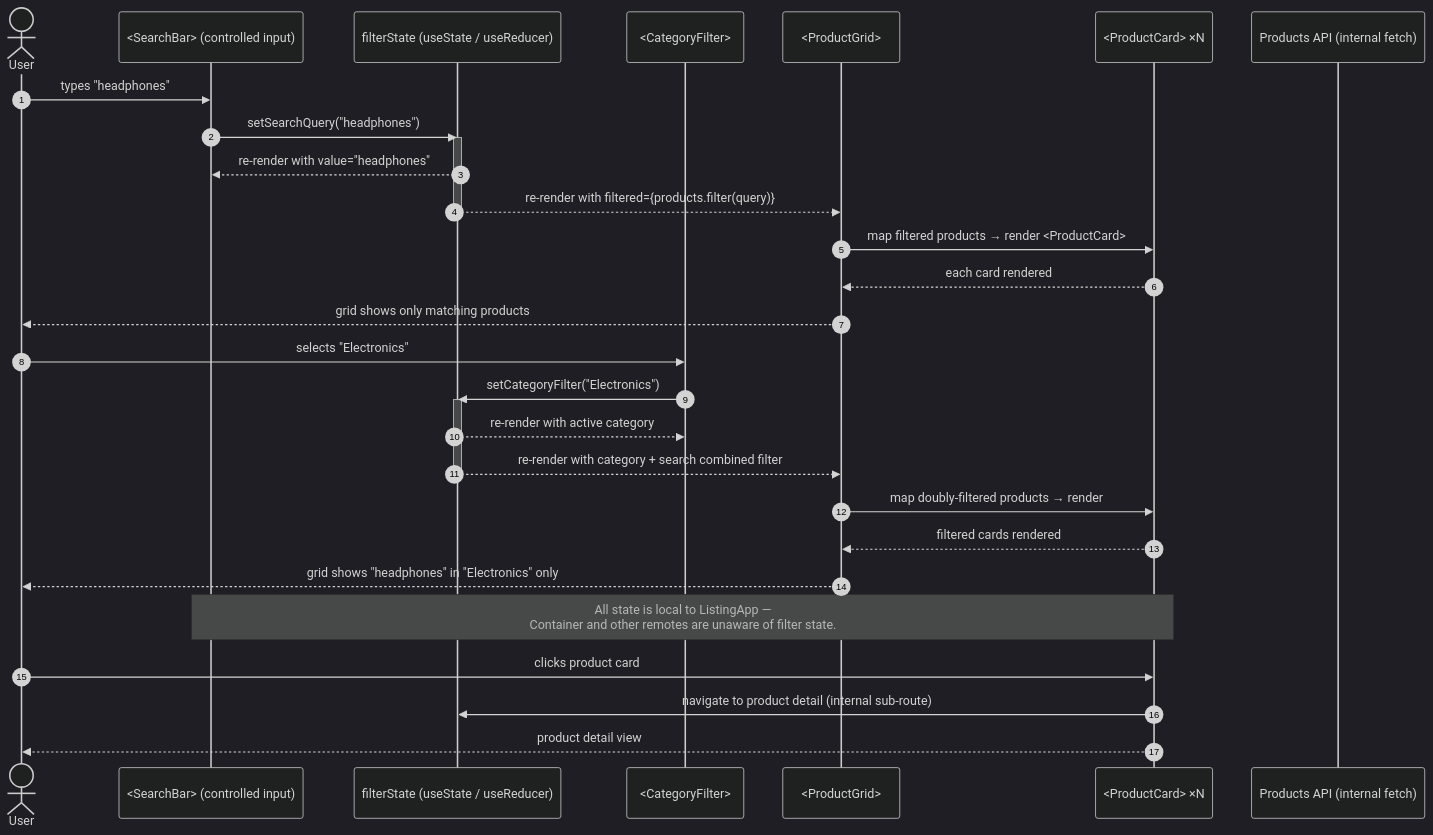
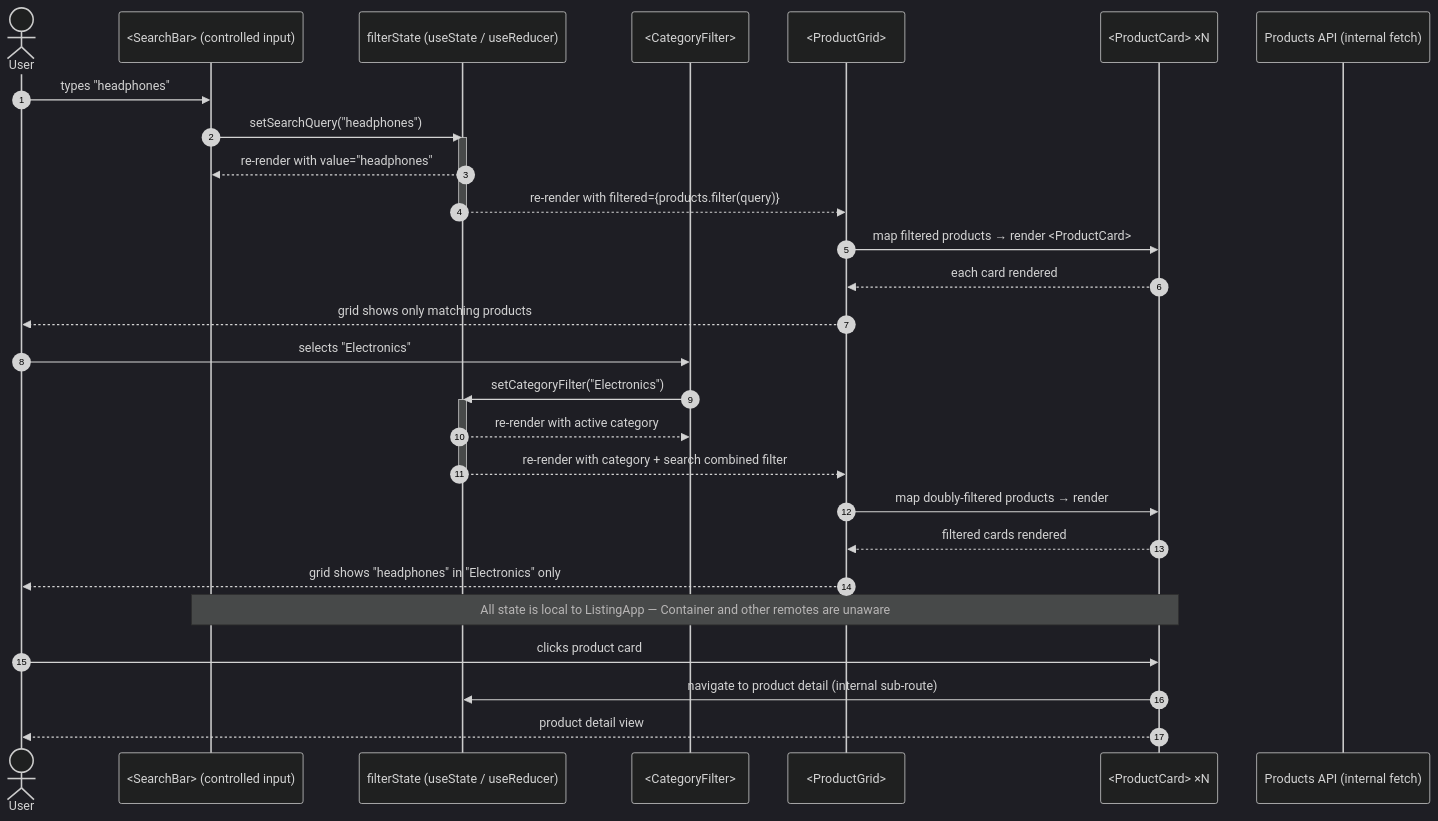
One commit to calvinlee999/Micro-Frontend-Architecture-and-UI-Component-Libraries-with-React changed diagram 13 of 18 in SEQUENCE_DIAGRAMS.md. Above: the diagram before and after it, drawn with Mermaid (dark theme). The commit also changed other lines of this file, not shown here.

First line of the commit message:
fix: resolve all Mermaid parse errors in SEQUENCE_DIAGRAMS.md

````diff
--- a/SEQUENCE_DIAGRAMS.md
+++ b/SEQUENCE_DIAGRAMS.md
@@ -1133,39 +1133,39 @@
 ```mermaid
 sequenceDiagram
     autonumber
     actor User as User
     participant SearchBar as <SearchBar> (controlled input)
     participant FilterState as filterState (useState / useReducer)
     participant CategoryFilter as <CategoryFilter>
     participant ProductGrid as <ProductGrid>
     participant ProductCard as <ProductCard> ×N
     participant ProductAPI as Products API (internal fetch)
 
     User->>SearchBar: types "headphones"
     SearchBar->>FilterState: setSearchQuery("headphones")
     activate FilterState
     FilterState-->>SearchBar: re-render with value="headphones"
     FilterState-->>ProductGrid: re-render with filtered={products.filter(query)}
     deactivate FilterState
 
     ProductGrid->>ProductCard: map filtered products → render <ProductCard>
     ProductCard-->>ProductGrid: each card rendered
     ProductGrid-->>User: grid shows only matching products
 
     User->>CategoryFilter: selects "Electronics"
     CategoryFilter->>FilterState: setCategoryFilter("Electronics")
     activate FilterState
     FilterState-->>CategoryFilter: re-render with active category
     FilterState-->>ProductGrid: re-render with category + search combined filter
     deactivate FilterState
 
     ProductGrid->>ProductCard: map doubly-filtered products → render
     ProductCard-->>ProductGrid: filtered cards rendered
     ProductGrid-->>User: grid shows "headphones" in "Electronics" only
 
-    Note over SearchBar, ProductCard: All state is local to ListingApp —<br/>Container and other remotes are unaware of filter state.
+    Note over SearchBar, ProductCard: All state is local to ListingApp — Container and other remotes are unaware
 
     User->>ProductCard: clicks product card
     ProductCard->>FilterState: navigate to product detail (internal sub-route)
     ProductCard-->>User: product detail view
 ```
````
